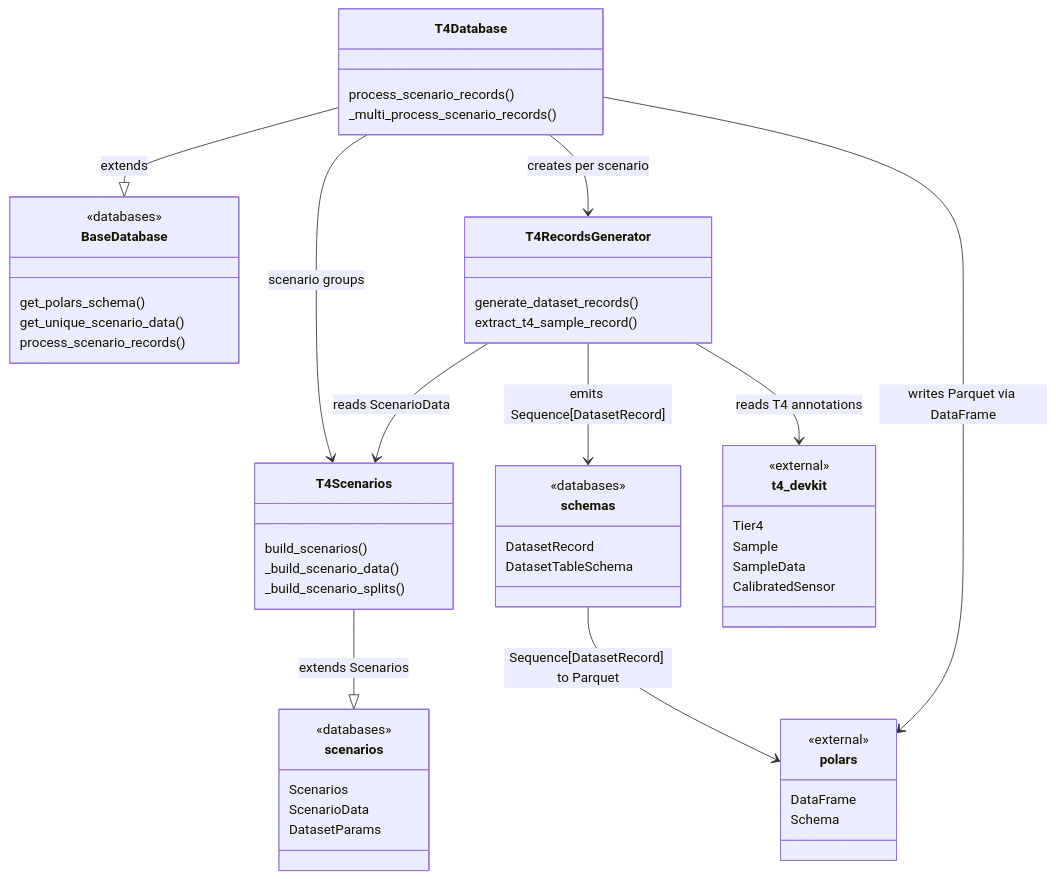
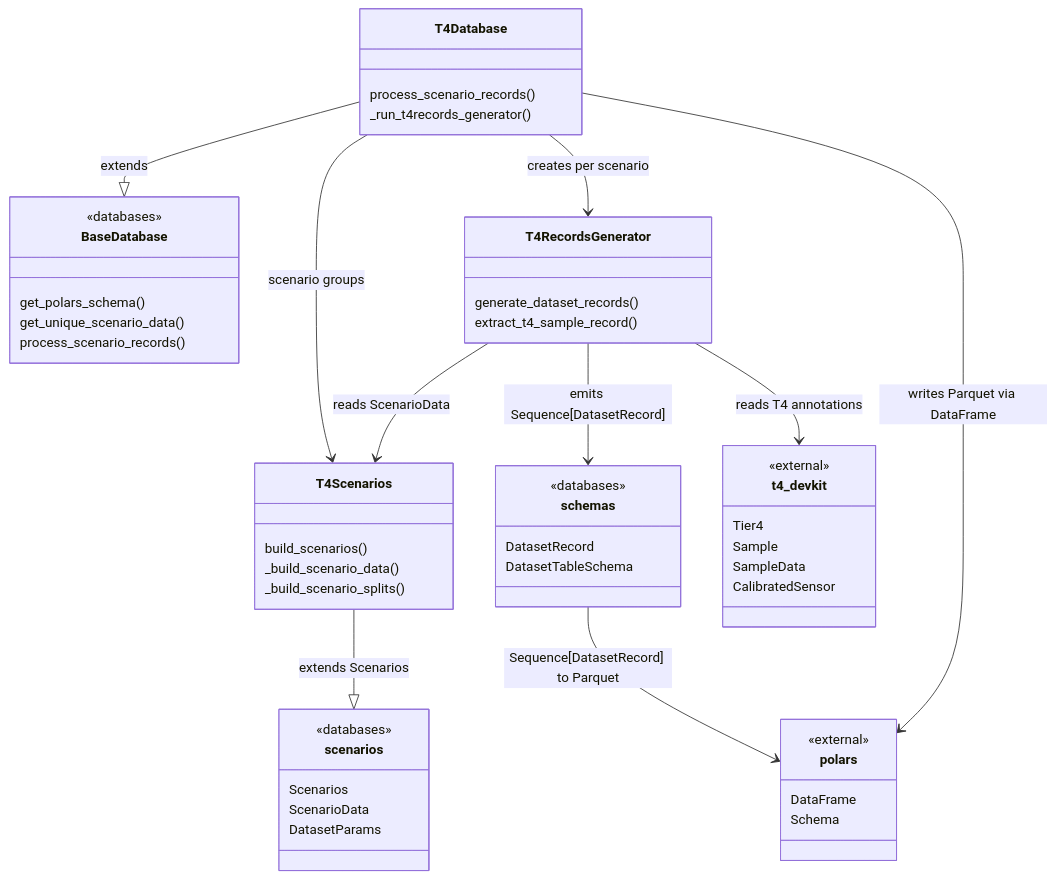
One commit to tier4/autoware-ml changed the diagram in autoware_ml/databases/t4dataset/README.md. Above: the diagram before and after it, drawn with Mermaid. The commit also changed 4 other files, not shown here.

````diff
--- a/autoware_ml/databases/t4dataset/README.md
+++ b/autoware_ml/databases/t4dataset/README.md
@@ -13,67 +13,67 @@
 ```mermaid
 classDiagram
     direction TB
 
     class polars {
         <<external>>
         DataFrame
         Schema
     }
 
     class t4_devkit {
         <<external>>
         Tier4
         Sample
         SampleData
         CalibratedSensor
     }
 
     class scenarios {
         <<databases>>
         Scenarios
         ScenarioData
         DatasetParams
     }
 
     class schemas {
         <<databases>>
         DatasetRecord
         DatasetTableSchema
     }
 
     class BaseDatabase {
         <<databases>>
         get_polars_schema()
         get_unique_scenario_data()
         process_scenario_records()
     }
 
     class T4Scenarios {
         build_scenarios()
         _build_scenario_data()
         _build_scenario_splits()
     }
 
     class T4RecordsGenerator {
         generate_dataset_records()
         extract_t4_sample_record()
     }
 
     class T4Database {
         process_scenario_records()
-        _multi_process_scenario_records()
+        _run_t4records_generator()
     }
 
     T4Scenarios --|> scenarios : extends Scenarios
 
     T4Database --|> BaseDatabase : extends
     T4Database --> T4Scenarios : scenario groups
     T4Database --> T4RecordsGenerator : creates per scenario
     T4Database --> polars : writes Parquet via DataFrame
 
     T4RecordsGenerator --> T4Scenarios : reads ScenarioData
     T4RecordsGenerator --> schemas : emits Sequence[DatasetRecord]
     T4RecordsGenerator --> t4_devkit : reads T4 annotations
 
     schemas --> polars: Sequence[DatasetRecord] to Parquet
 ```
````
